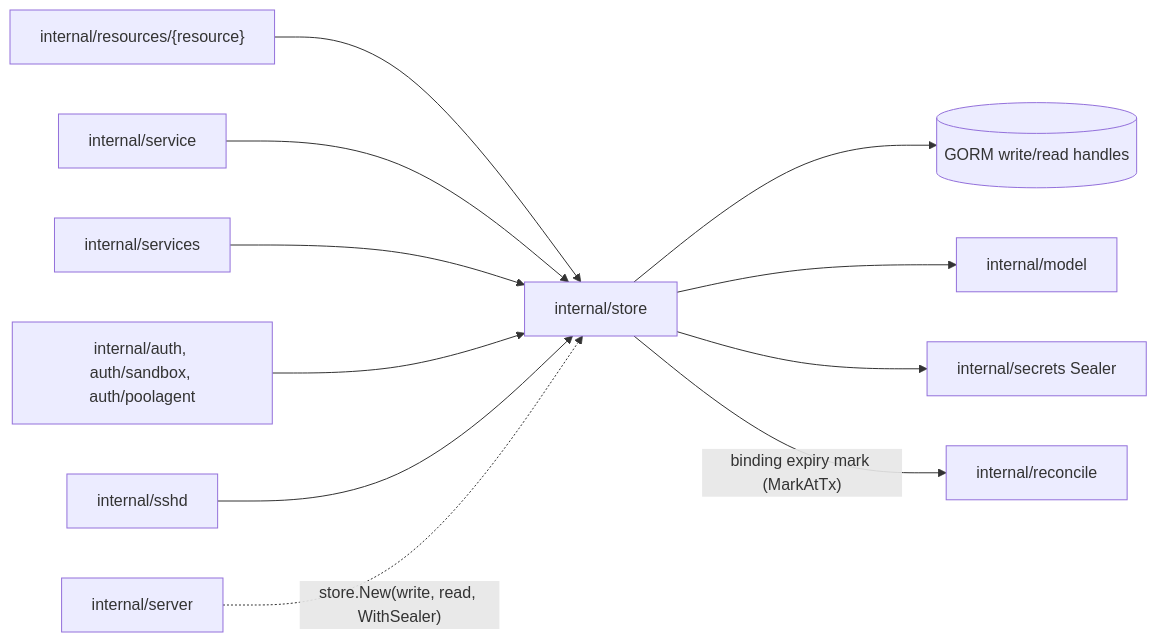
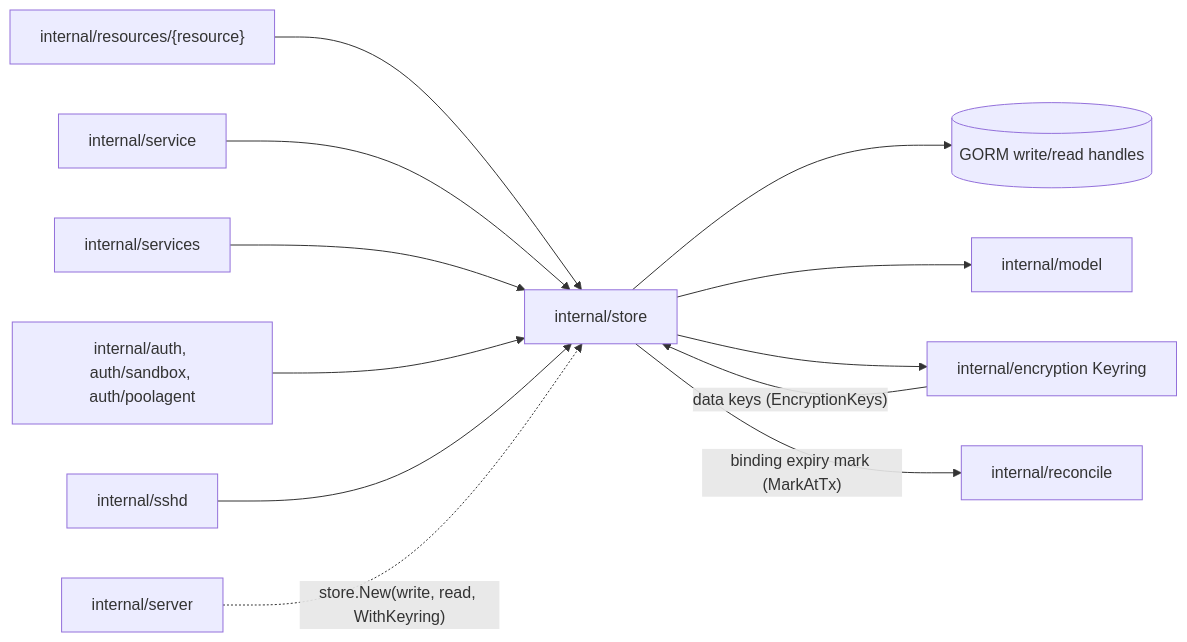
The first of 2 diagrams in server/internal/store/DESIGN.md (discobox-ai/discobox), drawn with Mermaid before and after one commit. The commit also changed other lines of this file and 67 other files, not shown here.

First line of the commit message:
feat(server): seal each project's secrets with its own data key (ADR 26-11-02-902)

````diff
--- a/server/internal/store/DESIGN.md
+++ b/server/internal/store/DESIGN.md
@@ -16,13 +16,14 @@
 ```mermaid
 flowchart LR
     resources["internal/resources/{resource}"] --> store[internal/store]
     service[internal/service] --> store
     services[internal/services] --> store
     auth["internal/auth, auth/sandbox, auth/poolagent"] --> store
     sshd[internal/sshd] --> store
-    router[internal/server] -. "store.New(write, read, WithSealer)" .-> store
+    router[internal/server] -. "store.New(write, read, WithKeyring)" .-> store
     store --> db[(GORM write/read handles)]
     store --> model[internal/model]
-    store --> secrets[internal/secrets Sealer]
+    store --> encryption[internal/encryption Keyring]
+    encryption -- "data keys (EncryptionKeys)" --> store
     store -- "binding expiry mark (MarkAtTx)" --> reconcile[internal/reconcile]
 ```
````
